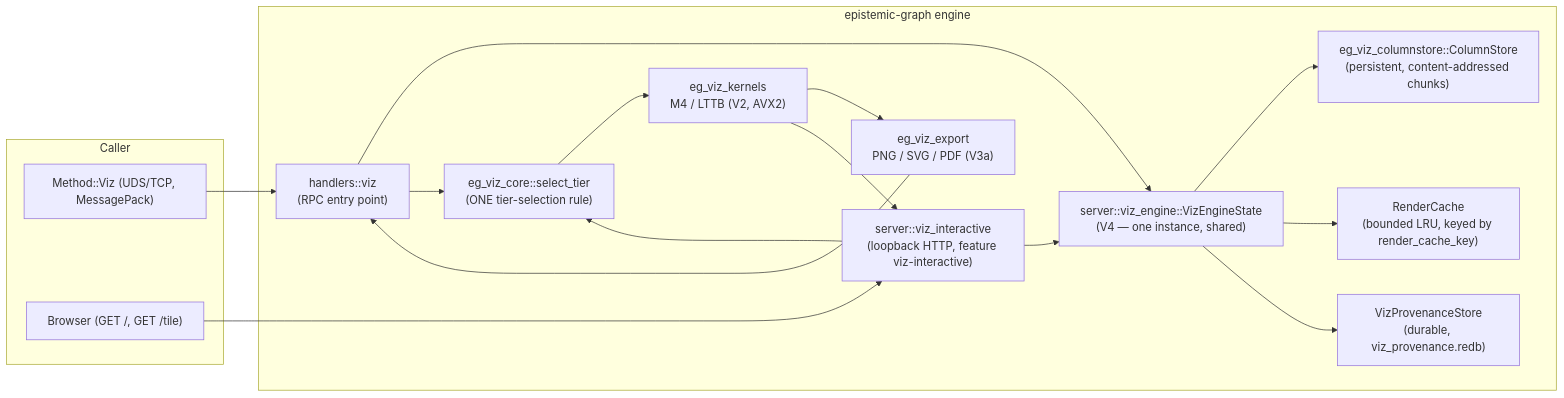
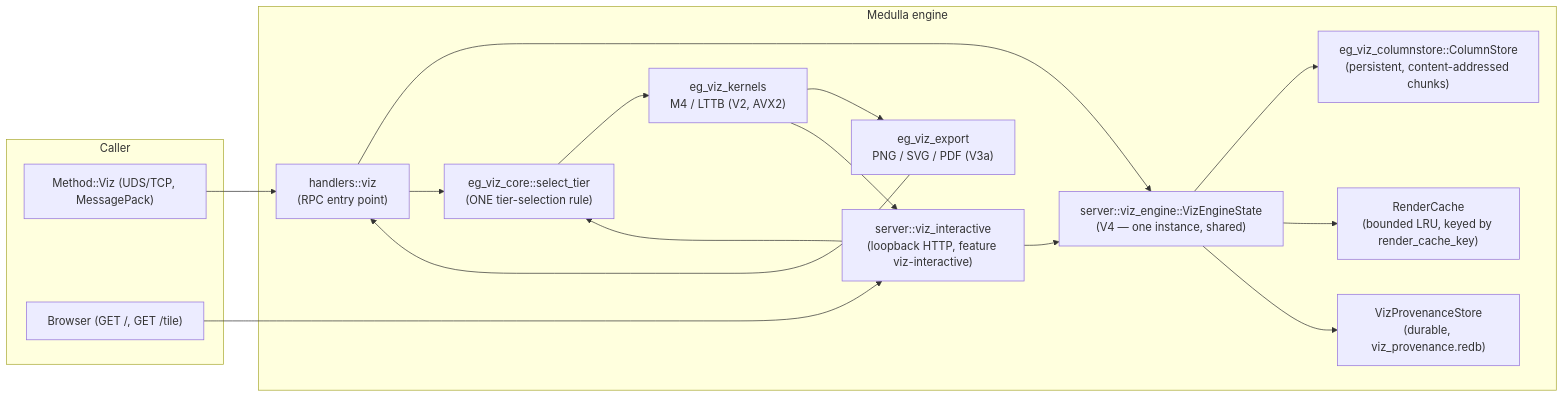
The first of 2 diagrams in docs/architecture/native_visualization.md (Knuckles-Team/epistemic-graph), drawn with Mermaid before and after one commit. The commit also changed other lines of this file and 59 other files, not shown here.

````diff
--- a/docs/architecture/native_visualization.md
+++ b/docs/architecture/native_visualization.md
@@ -41,33 +41,33 @@
 ```mermaid
 flowchart LR
     subgraph Caller
         RPC["Method::Viz (UDS/TCP, MessagePack)"]
         Browser["Browser (GET /, GET /tile)"]
     end
 
-    subgraph Engine["epistemic-graph engine"]
+    subgraph Engine["Medulla engine"]
         Handler["handlers::viz\n(RPC entry point)"]
         Interactive["server::viz_interactive\n(loopback HTTP, feature viz-interactive)"]
         EngineState["server::viz_engine::VizEngineState\n(V4 — one instance, shared)"]
         Store["eg_viz_columnstore::ColumnStore\n(persistent, content-addressed chunks)"]
         Cache["RenderCache\n(bounded LRU, keyed by render_cache_key)"]
         Provenance["VizProvenanceStore\n(durable, viz_provenance.redb)"]
         SelectTier["eg_viz_core::select_tier\n(ONE tier-selection rule)"]
         Kernels["eg_viz_kernels\nM4 / LTTB (V2, AVX2)"]
         Export["eg_viz_export\nPNG / SVG / PDF (V3a)"]
     end
 
     RPC --> Handler
     Browser --> Interactive
     Handler --> EngineState
     Interactive --> EngineState
     EngineState --> Store
     EngineState --> Cache
     EngineState --> Provenance
     Handler --> SelectTier
     Interactive --> SelectTier
     SelectTier --> Kernels
     Kernels --> Export
     Export --> Handler
     Kernels --> Interactive
 ```
````
